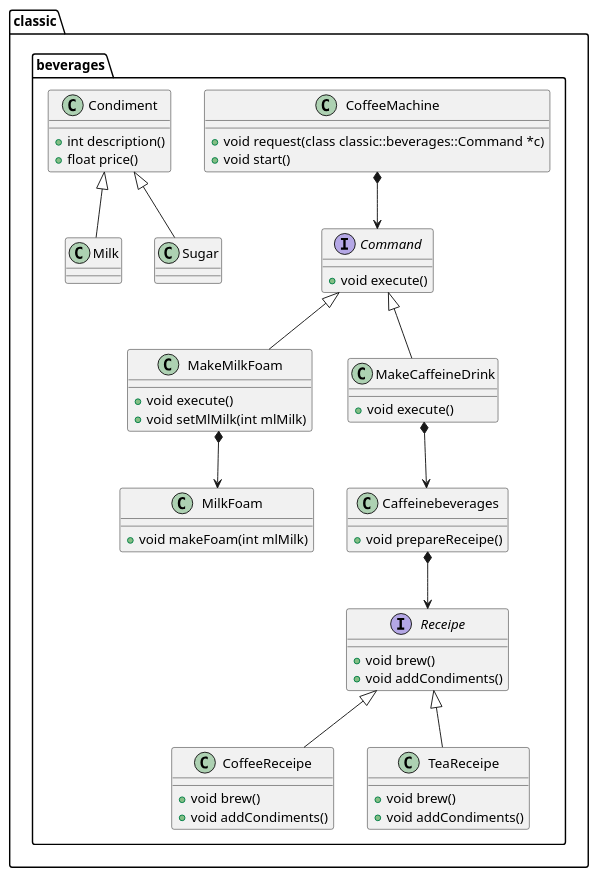
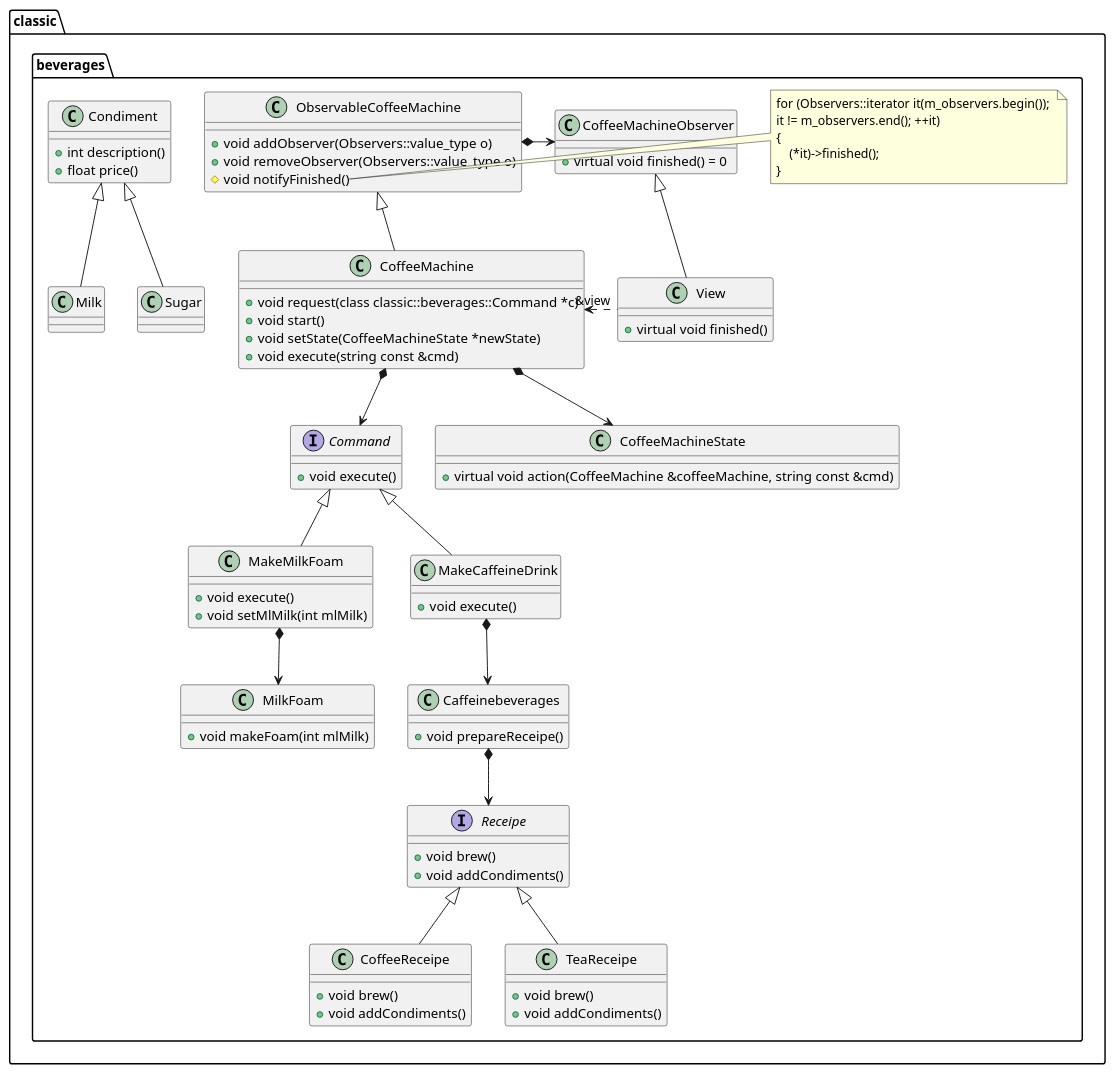
Before and after one commit to jiaqiwang969/Effective-Gof-Patterns: the diagram in strategy.cpp.wsd, drawn with PlantUML. The commit also changed 5 other files, not shown here.

```diff
--- a/strategy.cpp.wsd
+++ b/strategy.cpp.wsd
@@ -1,85 +1,127 @@
 @startuml
 set namespaceSeparator ::
 
 
 class classic::beverages::CoffeeMachine {
 + void request(class classic::beverages::Command *c)
 + void start()
++ void setState(CoffeeMachineState *newState)
++ void execute(string const &cmd)
 }
 
 interface classic::beverages::Command {
 + void execute()
 }
 
 class classic::beverages::MakeMilkFoam {
 + void execute()
 + void setMlMilk(int mlMilk)
 }
 
 
 class classic::beverages::MilkFoam {
 + void makeFoam(int mlMilk)
 }
 
 
 class classic::beverages::MakeCaffeineDrink {
 + void execute()
 }
 
 
 class classic::beverages::Caffeinebeverages {
 + void prepareReceipe()
 }
 
 
 interface classic::beverages::Receipe {
 + void brew()
 + void addCondiments()
 }
 
 
 
 class classic::beverages::Condiment {
 + int description()
 + float price()
 }
 
 class classic::beverages::Milk {
 }
 
 class classic::beverages::Sugar {
 }
 
 class classic::beverages::CoffeeReceipe {
 + void brew()
 + void addCondiments()
 }
 
 class classic::beverages::TeaReceipe {
 + void brew()
 + void addCondiments()
 }
 
+class classic::beverages::CoffeeMachineState{
++ virtual void action(CoffeeMachine &coffeeMachine, string const &cmd)  
+}
+
+class classic::beverages::CoffeeMachineObserver{
++ virtual void finished() = 0
+}
+
+class classic::beverages::View
+{
++ virtual void finished()
+}
+
+class classic::beverages::ObservableCoffeeMachine
+{
++ void addObserver(Observers::value_type o)
++ void removeObserver(Observers::value_type o)
+# void notifyFinished()
+}
+
+namespace classic {
+namespace beverages {
+note right of ObservableCoffeeMachine::notifyFinished
+                for (Observers::iterator it(m_observers.begin()); 
+                it != m_observers.end(); ++it)
+                {
+                    (*it)->finished();
+                }
+end note
+}
+}
+
 
 
 
 
 classic::beverages::CoffeeReceipe -up-|> classic::beverages::Receipe
 classic::beverages::MakeCaffeineDrink -up-|> classic::beverages::Command
 classic::beverages::MakeMilkFoam -up-|> classic::beverages::Command
 classic::beverages::Milk -up-|> classic::beverages::Condiment
 classic::beverages::Sugar -up-|> classic::beverages::Condiment
 classic::beverages::TeaReceipe -up-|> classic::beverages::Receipe
 
 
 
 classic::beverages::Command <-up-* classic::beverages::CoffeeMachine   
 
 
 classic::beverages::Caffeinebeverages *-down-> classic::beverages::Receipe
 
 classic::beverages::MakeCaffeineDrink *--> classic::beverages::Caffeinebeverages
 
 classic::beverages::MilkFoam <-up-* classic::beverages::MakeMilkFoam
 
+
+classic::beverages::CoffeeMachine -up-|> classic::beverages::ObservableCoffeeMachine
+classic::beverages::ObservableCoffeeMachine *-right-> classic::beverages::CoffeeMachineObserver
+classic::beverages::View -up-|> classic::beverages::CoffeeMachineObserver 
+classic::beverages::CoffeeMachine *--> classic::beverages::CoffeeMachineState
+
+classic::beverages::View "&view".left.> classic::beverages::CoffeeMachine
+
 @enduml
```
